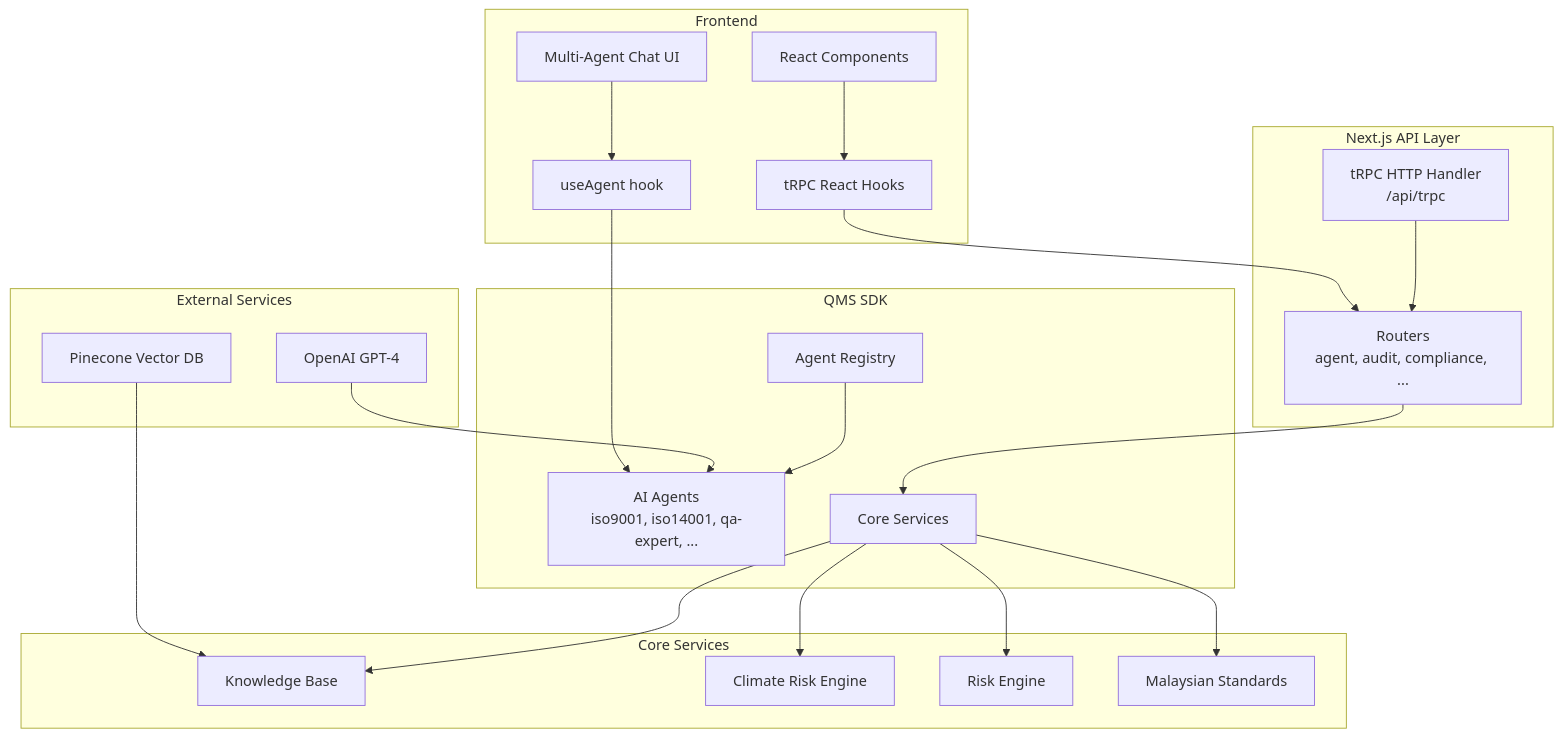
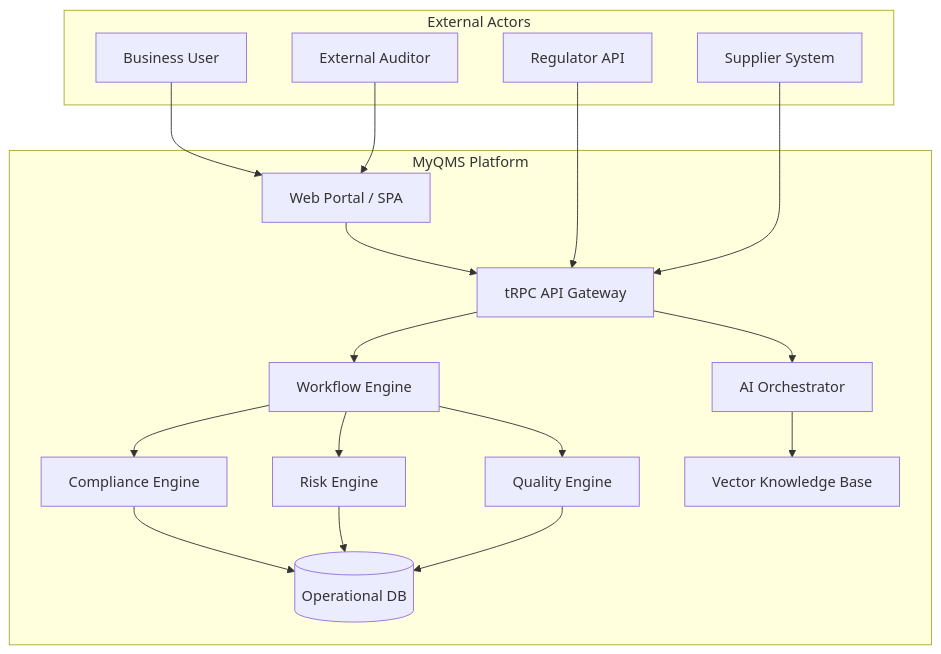
One commit to kk666679/Q changed the second of 11 diagrams in README.md. Above: the diagram before and after it, drawn with Mermaid. The commit also changed other lines of this file, not shown here.

````diff
--- a/README.md
+++ b/README.md
@@ -48,31 +152,37 @@
 ```mermaid
 flowchart TB
-    subgraph Frontend
-        A[React Components] --> B[tRPC React Hooks]
-        C[Multi‑Agent Chat UI] --> D[useAgent hook]
+    subgraph External[External Actors]
+        User[Business User]
+        Auditor[External Auditor]
+        Regulator[Regulator API]
+        Supply[Supplier System]
     end
 
-    subgraph "Next.js API Layer"
-        E[tRPC HTTP Handler<br/>/api/trpc] --> F[Routers<br/>agent, audit, compliance, ...]
+    subgraph MyQMS[MyQMS Platform]
+        Portal[Web Portal / SPA]
+        API[tRPC API Gateway]
+        Workflow[Workflow Engine]
+        AI[AI Orchestrator]
+        Compliance[Compliance Engine]
+        Risk[Risk Engine]
+        Quality[Quality Engine]
+        Knowledge[Vector Knowledge Base]
+        Data[(Operational DB)]
     end
 
-    subgraph "QMS SDK"
-        G[Agent Registry] --> H[AI Agents<br/>iso9001, iso14001, qa-expert, ...]
-        F --> I[Core Services]
-    end
+    User --> Portal
+    Auditor --> Portal
+    Portal --> API
+    API --> Workflow
+    API --> AI
+    Workflow --> Compliance
+    Workflow --> Risk
+    Workflow --> Quality
+    AI --> Knowledge
+    Compliance --> Data
+    Risk --> Data
+    Quality --> Data
 
-    subgraph "Core Services"
-        I --> J[Knowledge Base]
-        I --> K[Climate Risk Engine]
-        I --> L[Risk Engine]
-        I --> M[Malaysian Standards]
-    end
-
-    subgraph "External Services"
-        N[OpenAI GPT-4] --> H
-        O[Pinecone Vector DB] --> J
-    end
-
-    D --> H
-    B --> F
+    Regulator --> API
+    Supply --> API
 ```
````
